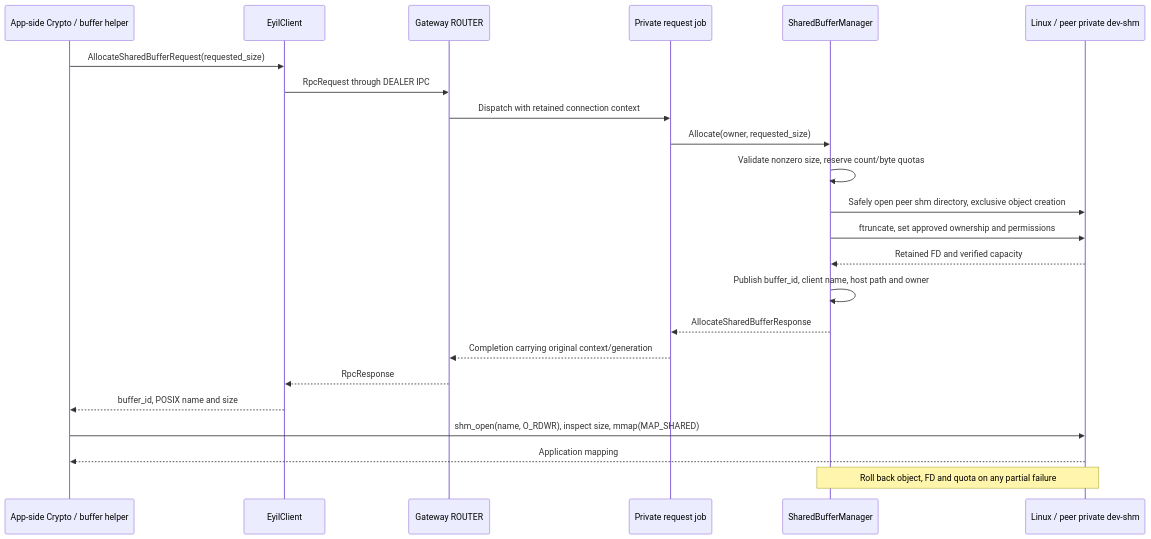
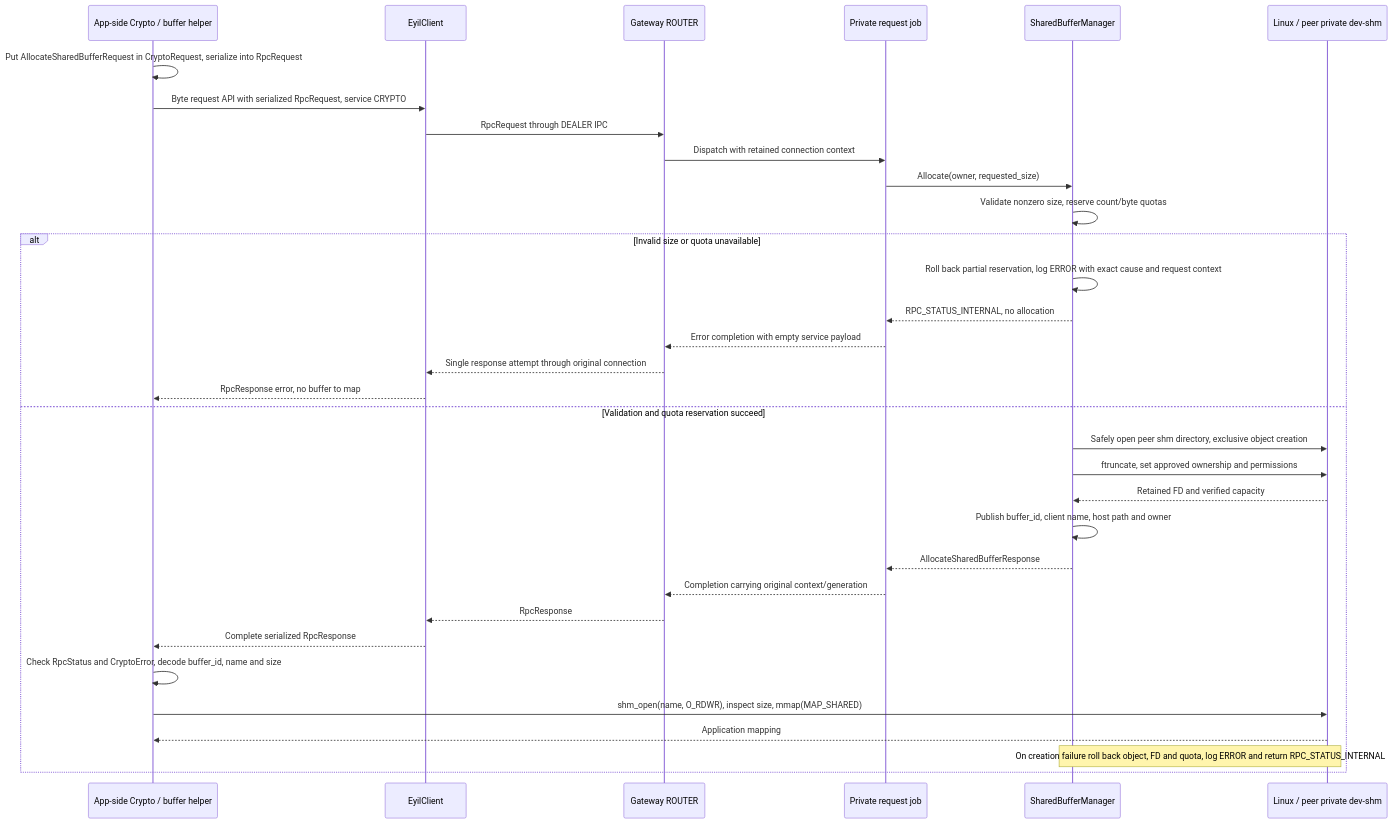
Diagram 22 of 35 in doc/EyilSecureGateway.md (rdkcentral/eyil-secure-gateway), drawn with Mermaid before and after one commit. The commit also changed other lines of this file, not shown here.

````diff
--- a/doc/EyilSecureGateway.md
+++ b/doc/EyilSecureGateway.md
@@ -2928,25 +3419,35 @@
 ```mermaid
 sequenceDiagram
     participant A as App-side Crypto / buffer helper
     participant L as EyilClient
     participant R as Gateway ROUTER
     participant J as Private request job
     participant B as SharedBufferManager
     participant K as Linux / peer private dev-shm
-    A->>L: AllocateSharedBufferRequest(requested_size)
+    A->>A: Put AllocateSharedBufferRequest in CryptoRequest, serialize into RpcRequest
+    A->>L: Byte request API with serialized RpcRequest, service CRYPTO
     L->>R: RpcRequest through DEALER IPC
     R->>J: Dispatch with retained connection context
     J->>B: Allocate(owner, requested_size)
     B->>B: Validate nonzero size, reserve count/byte quotas
-    B->>K: Safely open peer shm directory, exclusive object creation
-    B->>K: ftruncate, set approved ownership and permissions
-    K-->>B: Retained FD and verified capacity
-    B->>B: Publish buffer_id, client name, host path and owner
-    B-->>J: AllocateSharedBufferResponse
-    J-->>R: Completion carrying original context/generation
-    R-->>L: RpcResponse
-    L-->>A: buffer_id, POSIX name and size
-    A->>K: shm_open(name, O_RDWR), inspect size, mmap(MAP_SHARED)
-    K-->>A: Application mapping
-    Note over B,K: Roll back object, FD and quota on any partial failure
+    alt Invalid size or quota unavailable
+        B->>B: Roll back partial reservation, log ERROR with exact cause and request context
+        B-->>J: RPC_STATUS_INTERNAL, no allocation
+        J-->>R: Error completion with empty service payload
+        R-->>L: Single response attempt through original connection
+        L-->>A: RpcResponse error, no buffer to map
+    else Validation and quota reservation succeed
+        B->>K: Safely open peer shm directory, exclusive object creation
+        B->>K: ftruncate, set approved ownership and permissions
+        K-->>B: Retained FD and verified capacity
+        B->>B: Publish buffer_id, client name, host path and owner
+        B-->>J: AllocateSharedBufferResponse
+        J-->>R: Completion carrying original context/generation
+        R-->>L: RpcResponse
+        L-->>A: Complete serialized RpcResponse
+        A->>A: Check RpcStatus and CryptoError, decode buffer_id, name and size
+        A->>K: shm_open(name, O_RDWR), inspect size, mmap(MAP_SHARED)
+        K-->>A: Application mapping
+        Note over B,K: On creation failure roll back object, FD and quota, log ERROR and return RPC_STATUS_INTERNAL
+    end
 ```
````
